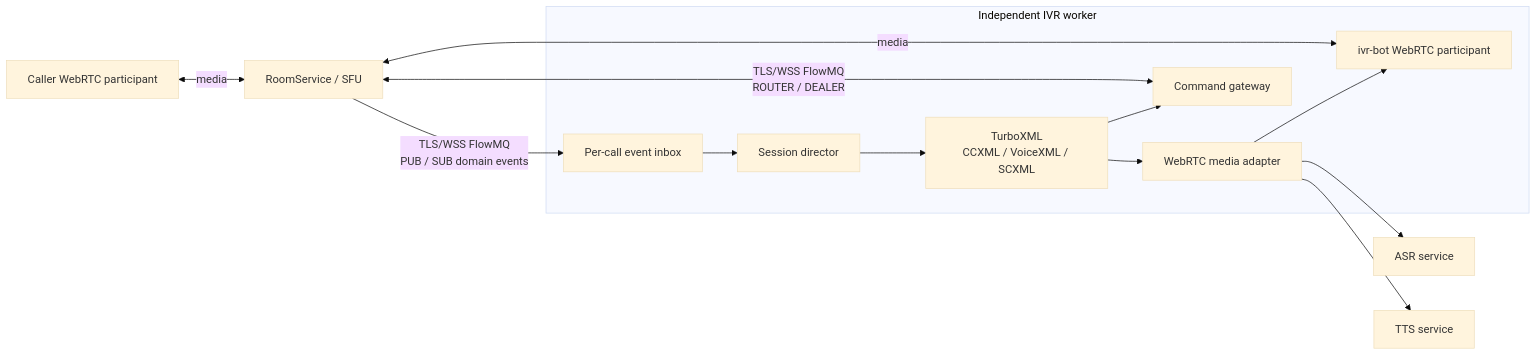
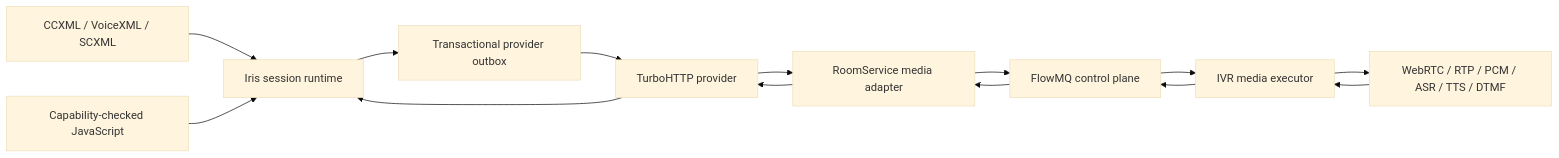
The first of 2 diagrams in webrtc/docs/ivr-worker-architecture-zh.md (qigao/turbomedia), drawn with Mermaid (base theme) before and after one commit. The commit also changed other lines of this file and 133 other files, not shown here.

Commit message:
refactor(webrtc): work mode update - [x] webtc/sip as standalone server - [x] remove turboxml support from webrtc - [x] sync with FlowMQ update - [x] talk to xml server with flowmq

````diff
--- a/webrtc/docs/ivr-worker-architecture-zh.md
+++ b/webrtc/docs/ivr-worker-architecture-zh.md
@@ -39,24 +9,17 @@
 ```mermaid
 flowchart LR
-    Caller[Caller WebRTC participant] <-- media --> Room[RoomService / SFU]
-    Room <-- media --> Bot
+  XML[CCXML / VoiceXML / SCXML]
+  JS[Capability-checked JavaScript]
+  Iris[Iris session runtime]
+  Outbox[Transactional provider outbox]
+  HTTP[TurboHTTP provider]
+  Room[RoomService media adapter]
+  MQ[FlowMQ control plane]
+  Worker[IVR media executor]
+  Plane[WebRTC / RTP / PCM / ASR / TTS / DTMF]
 
-    subgraph Worker[Independent IVR worker]
-        Direction[Session director]
-        XML[TurboXML\nCCXML / VoiceXML / SCXML]
-        Gateway[Command gateway]
-        Inbox[Per-call event inbox]
-        Media[WebRTC media adapter]
-        Bot[ivr-bot WebRTC participant]
-        Direction --> XML
-        Inbox --> Direction
-        XML --> Gateway
-        XML --> Media
-        Media --> Bot
-    end
-
-    Room <-- "TLS/WSS FlowMQ\nROUTER / DEALER" --> Gateway
-    Room -- "TLS/WSS FlowMQ\nPUB / SUB domain events" --> Inbox
-    Media --> ASR[ASR service]
-    Media --> TTS[TTS service]
+  XML --> Iris
+  JS --> Iris
+  Iris --> Outbox --> HTTP --> Room --> MQ --> Worker --> Plane
+  Plane --> Worker --> MQ --> Room --> HTTP --> Iris
 ```
````
